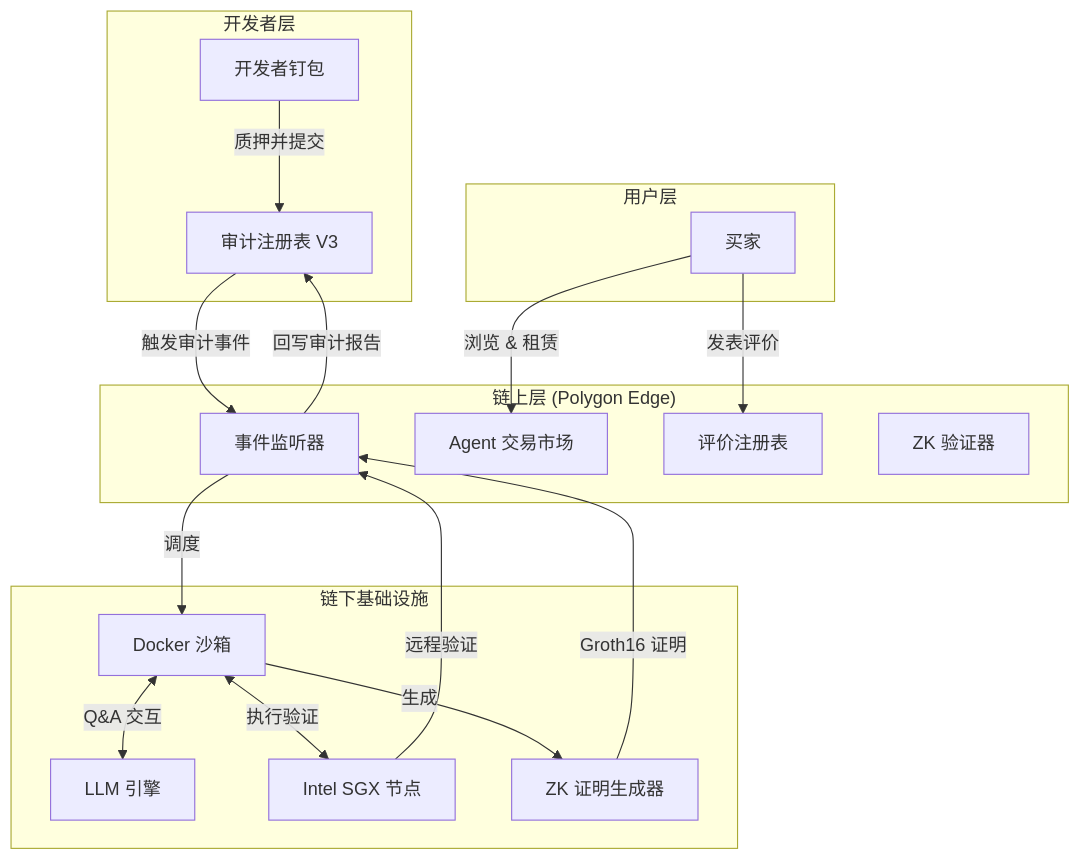
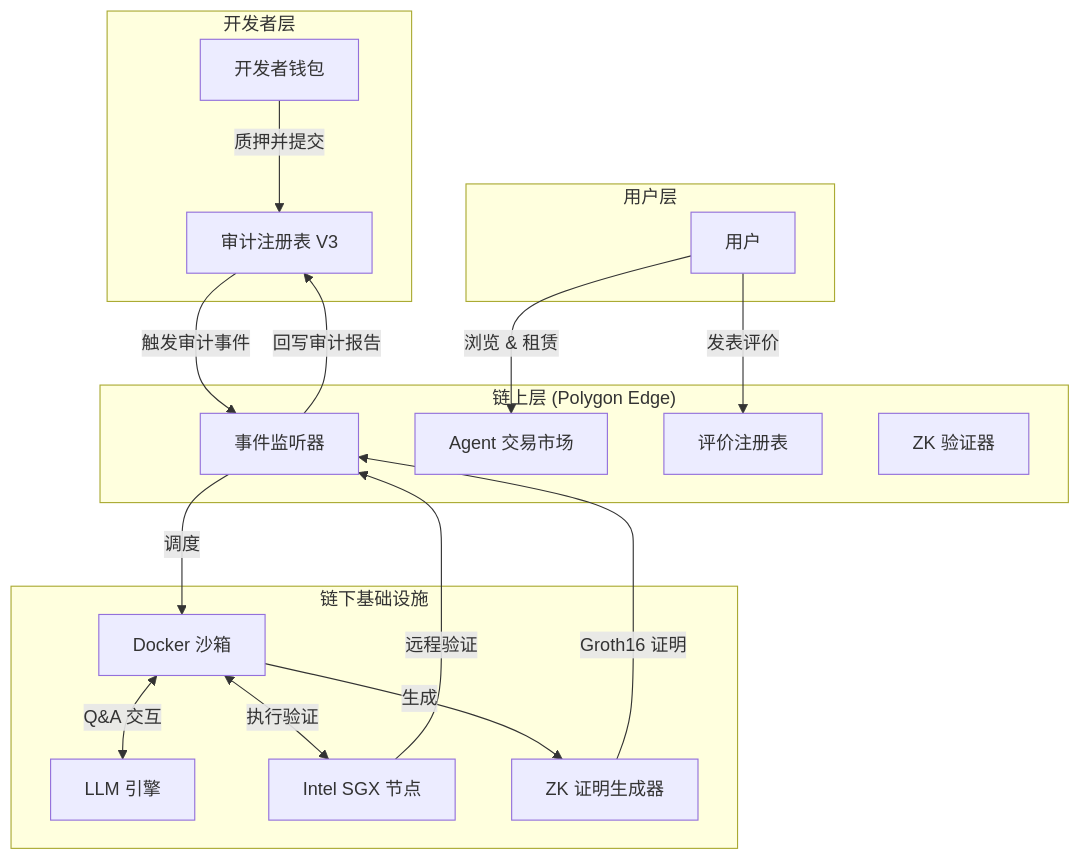
One commit to ZhangJinHaHaHa/AgentLens changed the diagram in README_CN.md. Above: the diagram before and after it, drawn with Mermaid. The commit also changed other lines of this file and 6 other files, not shown here.

Commit message:
docs: 裁剪英文截图去除浏览器边框；重写 README_CN.md 去掉旧版内容 (2026-06-10)

````diff
--- a/README_CN.md
+++ b/README_CN.md
@@ -39,29 +37,29 @@
 ```mermaid
 graph TD
     subgraph "开发者层"
-        D[开发者钉包] -->|质押并提交| R
+        D[开发者钱包] -->|质押并提交| R
     end
 
     subgraph "链上层 (Polygon Edge)"
         R[审计注册表 V3] -->|触发审计事件| L
         M[Agent 交易市场]
         Rev[评价注册表]
         Z[ZK 验证器]
     end
 
     subgraph "链下基础设施"
         L[事件监听器] -->|调度| S
         S[Docker 沙箱] <-->|Q&A 交互| LLM[LLM 引擎]
         S <-->|执行验证| TEE[Intel SGX 节点]
         S -->|生成| ZKP[ZK 证明生成器]
-        
+
         TEE -->|远程验证| L
         ZKP -->|Groth16 证明| L
         L -->|回写审计报告| R
     end
 
     subgraph "用户层"
-        B[买家] -->|浏览 & 租赁| M
+        B[用户] -->|浏览 & 租赁| M
         B -->|发表评价| Rev
     end
 ```
````
